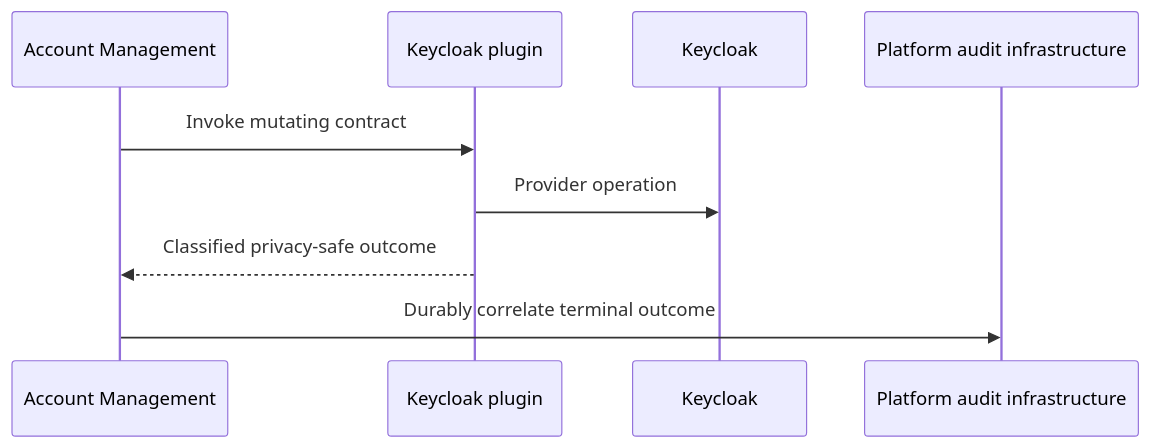
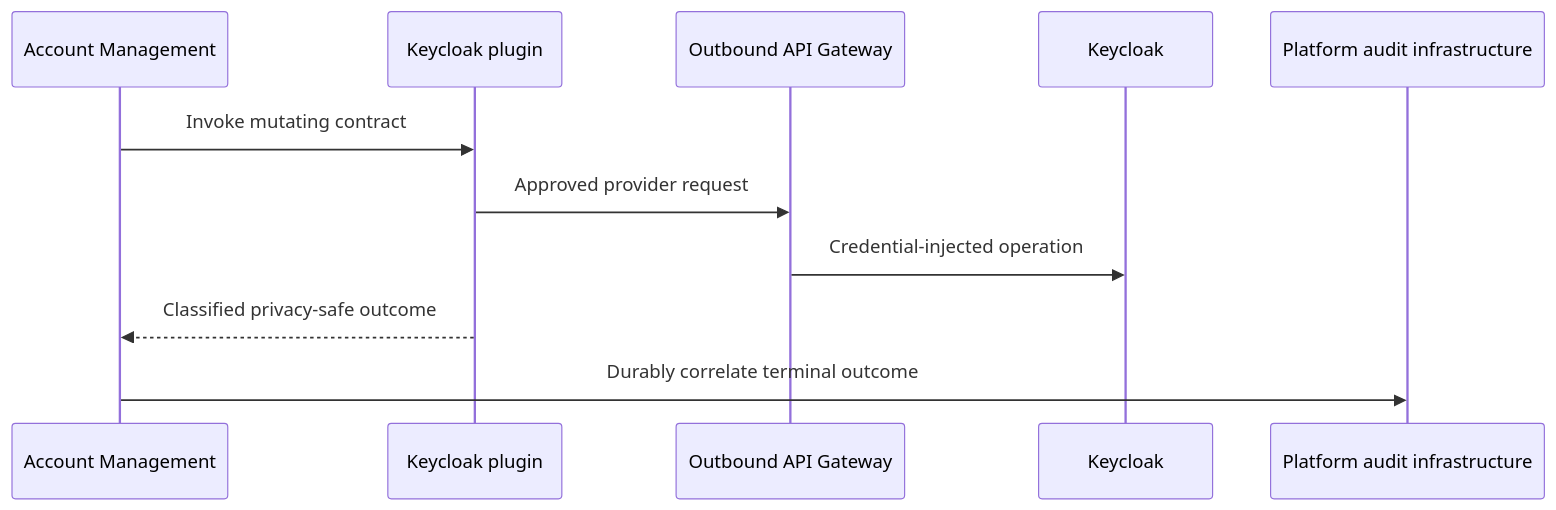
The second of 2 diagrams in gears/system/account-management/plugins/keycloak-idp-plugin/docs/DESIGN.md (constructorfabric/gears-rust), drawn with Mermaid before and after one commit. The commit also changed other lines of this file and 1 other file, not shown here.

````diff
--- a/gears/system/account-management/plugins/keycloak-idp-plugin/docs/DESIGN.md
+++ b/gears/system/account-management/plugins/keycloak-idp-plugin/docs/DESIGN.md
@@ -412,12 +418,14 @@
 ```mermaid
 sequenceDiagram
   participant AM as Account Management
   participant P as Keycloak plugin
+  participant G as Outbound API Gateway
   participant K as Keycloak
   participant A as Platform audit infrastructure
 
   AM->>P: Invoke mutating contract
-  P->>K: Provider operation
+  P->>G: Approved provider request
+  G->>K: Credential-injected operation
   P-->>AM: Classified privacy-safe outcome
   AM->>A: Durably correlate terminal outcome
 ```
````
